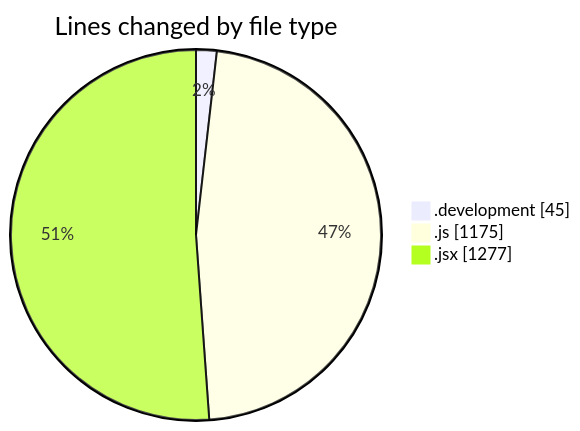
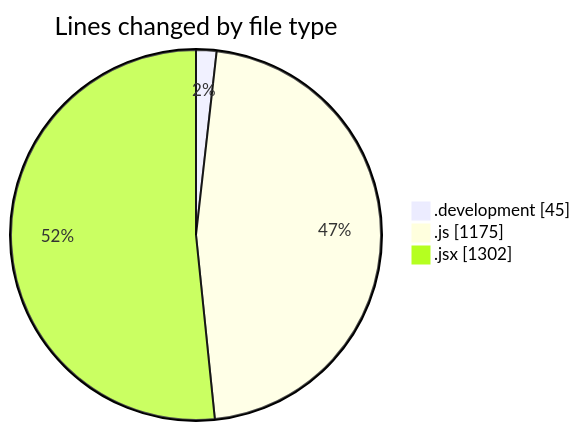
The first of 2 diagrams in 2025-11-10/nxtqube_webapp/README.md (nxtqubesakshisongat/code-tracking), drawn with Mermaid before and after one commit. The commit also changed other lines of this file and 1 other file, not shown here.

````diff
--- a/2025-11-10/nxtqube_webapp/README.md
+++ b/2025-11-10/nxtqube_webapp/README.md
@@ -31,7 +31,7 @@
 ```mermaid
 pie showData
 title Lines changed by file type
 ".development" : 45
 ".js" : 1175
-".jsx" : 1277
+".jsx" : 1302
 ```
````
